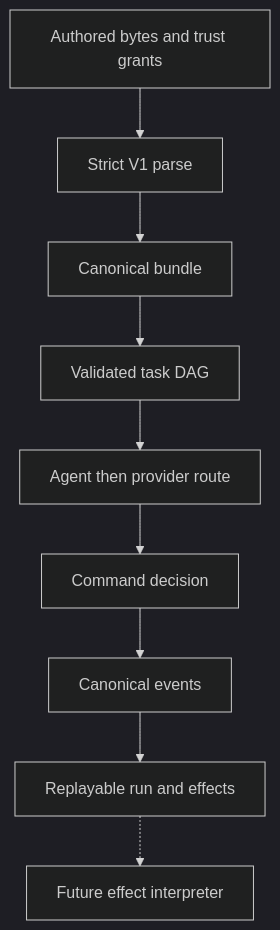
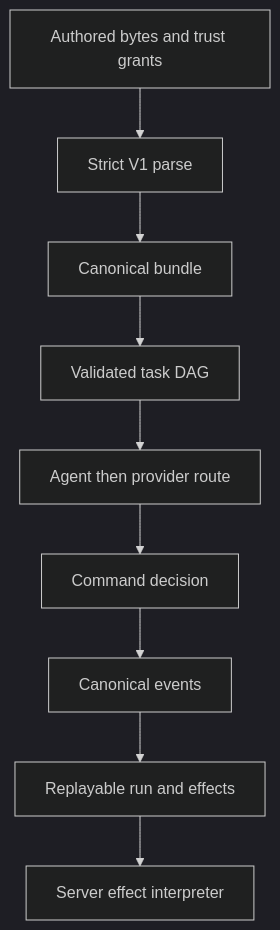
One commit to BoardPandas/Pandamux changed the first of 4 diagrams in docs/features/AGENT_ORCHESTRATION.md. Above: the diagram before and after it, drawn with Mermaid (dark theme). The commit also changed other lines of this file and 15 other files, not shown here.

````diff
--- a/docs/features/AGENT_ORCHESTRATION.md
+++ b/docs/features/AGENT_ORCHESTRATION.md
@@ -50,11 +58,11 @@
 ```mermaid
 graph TD
     A["Authored bytes and trust grants"] --> S["Strict V1 parse"]
     S --> B["Canonical bundle"]
     B --> D["Validated task DAG"]
     D --> R["Agent then provider route"]
     R --> C["Command decision"]
     C --> E["Canonical events"]
     E --> P["Replayable run and effects"]
-    P -.-> X["Future effect interpreter"]
+    P --> X["Server effect interpreter"]
 ```
````
